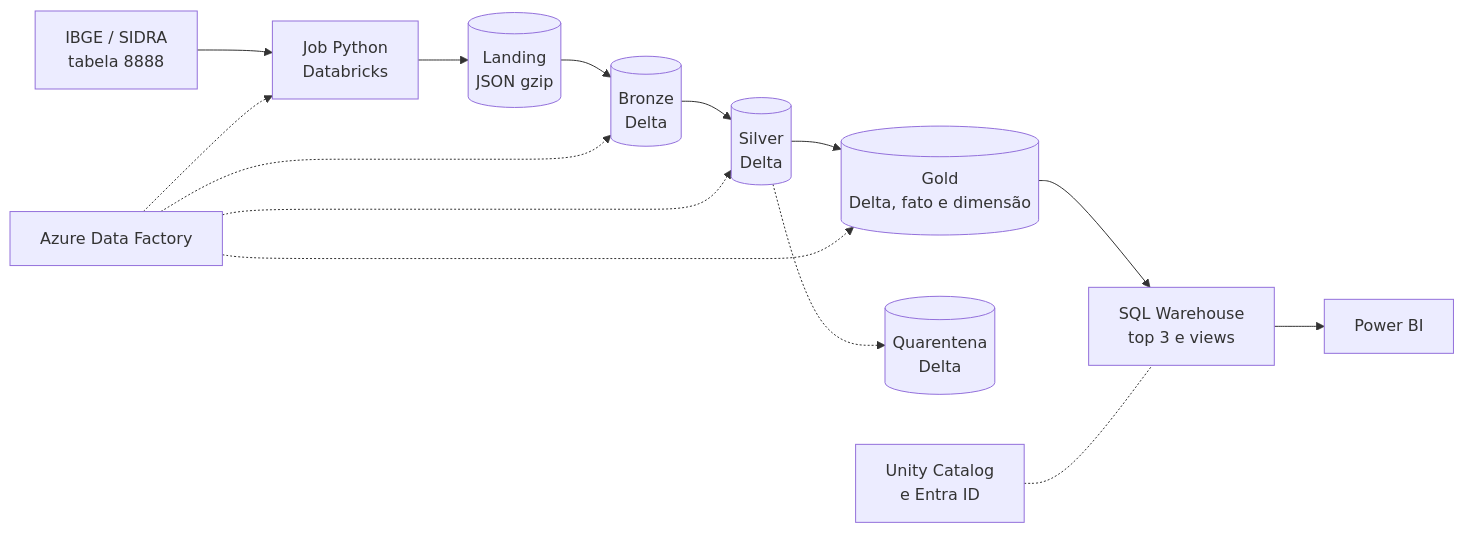
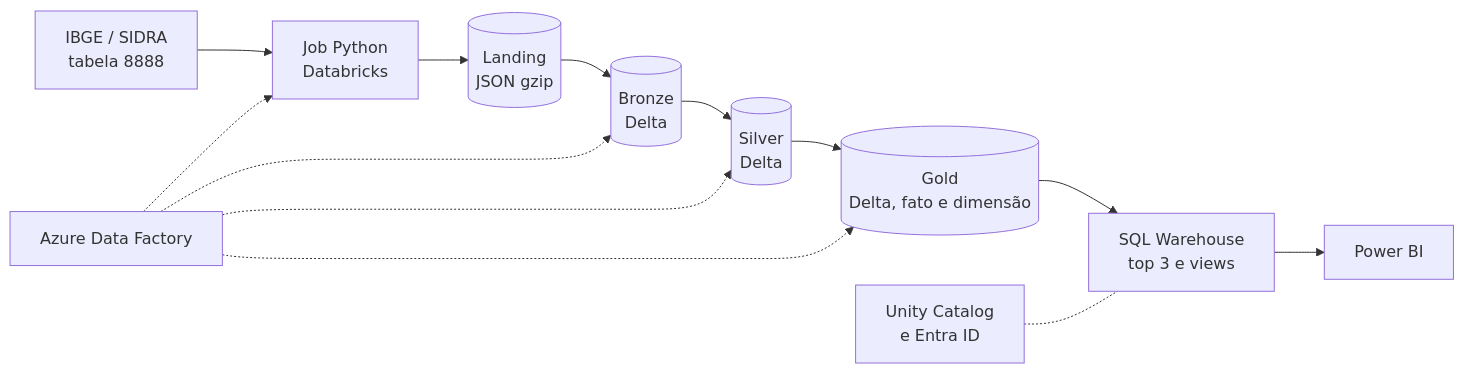
The diagram in docs/arquitetura/proposta-futura/PROPOSTA-FUTURA.md (alexdesousapereira/processo-fiec-engenheiro-dados-II), drawn with Mermaid before and after one commit. The commit also changed other lines of this file and 3 other files, not shown here.

````diff
--- a/docs/arquitetura/proposta-futura/PROPOSTA-FUTURA.md
+++ b/docs/arquitetura/proposta-futura/PROPOSTA-FUTURA.md
@@ -35,16 +35,15 @@
 ```mermaid
 flowchart LR
     IBGE["IBGE / SIDRA<br/>tabela 8888"] --> ING["Job Python<br/>Databricks"]
     ING --> L[("Landing<br/>JSON gzip")]
     L --> B[("Bronze<br/>Delta")]
     B --> S[("Silver<br/>Delta")]
     S --> G[("Gold<br/>Delta, fato e dimensão")]
-    S -.-> Q[("Quarentena<br/>Delta")]
     G --> SQL["SQL Warehouse<br/>top 3 e views"]
     SQL --> BI["Power BI"]
     ADF["Azure Data Factory"] -.-> ING
     ADF -.-> B
     ADF -.-> S
     ADF -.-> G
     UC["Unity Catalog<br/>e Entra ID"] -.- SQL
 ```
````
